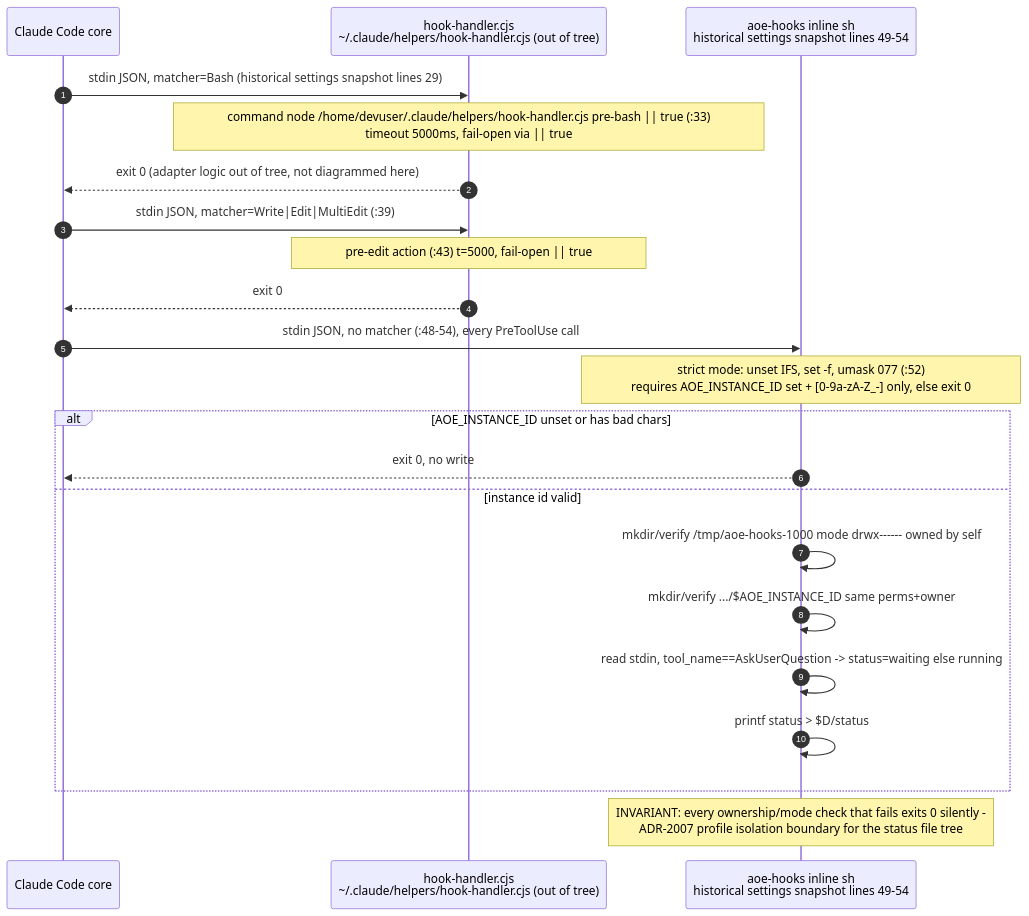
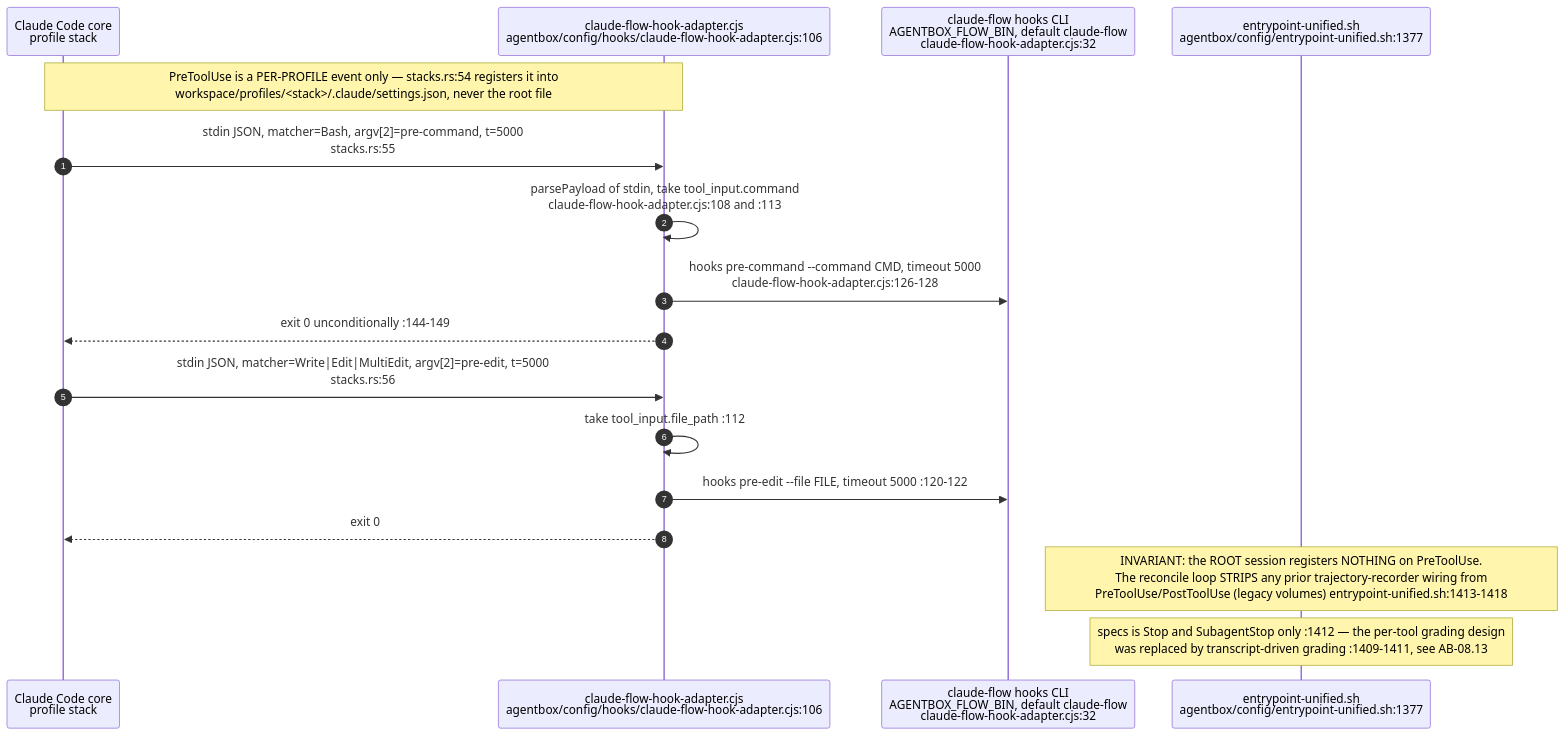
The third of 14 diagrams in docs/diagrams/agentbox/08-hooks-pipeline.md (DreamLab-AI/VisionFlow), drawn with Mermaid before and after one commit. The commit also changed other lines of this file and 7 other files, not shown here.

Commit message:
docs(diagrams): bind closeout security and retrieval flows to source

````diff
--- a/docs/diagrams/agentbox/08-hooks-pipeline.md
+++ b/docs/diagrams/agentbox/08-hooks-pipeline.md
@@ -144,27 +131,20 @@
 ```mermaid
 sequenceDiagram
     autonumber
-    participant CC as Claude Code core
-    participant HH as hook-handler.cjs<br/>~/.claude/helpers/hook-handler.cjs (out of tree)
-    participant AOE as aoe-hooks inline sh<br/>historical settings snapshot lines 49-54
+    participant CC as Claude Code core<br/>profile stack
+    participant AD as claude-flow-hook-adapter.cjs<br/>agentbox/config/hooks/claude-flow-hook-adapter.cjs:106
+    participant CLI as claude-flow hooks CLI<br/>AGENTBOX_FLOW_BIN, default claude-flow<br/>claude-flow-hook-adapter.cjs:32
+    participant EP as entrypoint-unified.sh<br/>agentbox/config/entrypoint-unified.sh:1377
 
-    CC->>HH: stdin JSON, matcher=Bash (historical settings snapshot lines 29)
-    Note over HH: command node /home/devuser/.claude/helpers/hook-handler.cjs pre-bash #124;#124; true (:33)<br/>timeout 5000ms, fail-open via #124;#124; true
-    HH-->>CC: exit 0 (adapter logic out of tree, not diagrammed here)
-
-    CC->>HH: stdin JSON, matcher=Write#124;Edit#124;MultiEdit (:39)
-    Note over HH: pre-edit action (:43) t=5000, fail-open #124;#124; true
-    HH-->>CC: exit 0
-
-    CC->>AOE: stdin JSON, no matcher (:48-54), every PreToolUse call
-    Note over AOE: strict mode: unset IFS, set -f, umask 077 (:52)<br/>requires AOE_INSTANCE_ID set + #91;0-9a-zA-Z_-#93; only, else exit 0
-    alt AOE_INSTANCE_ID unset or has bad chars
-        AOE-->>CC: exit 0, no write
-    else instance id valid
-        AOE->>AOE: mkdir/verify /tmp/aoe-hooks-1000 mode drwx------ owned by self
-        AOE->>AOE: mkdir/verify .../$AOE_INSTANCE_ID same perms+owner
-        AOE->>AOE: read stdin, tool_name==AskUserQuestion -> status=waiting else running
-        AOE->>AOE: printf status > $D/status
-    end
-    Note over AOE: INVARIANT: every ownership/mode check that fails exits 0 silently -<br/>ADR-2007 profile isolation boundary for the status file tree
+    Note over CC,AD: PreToolUse is a PER-PROFILE event only — stacks.rs:54 registers it into<br/>workspace/profiles/#60;stack#62;/.claude/settings.json, never the root file
+    CC->>AD: stdin JSON, matcher=Bash, argv#91;2#93;=pre-command, t=5000<br/>stacks.rs:55
+    AD->>AD: parsePayload of stdin, take tool_input.command<br/>claude-flow-hook-adapter.cjs:108 and :113
+    AD->>CLI: hooks pre-command --command CMD, timeout 5000<br/>claude-flow-hook-adapter.cjs:126-128
+    AD-->>CC: exit 0 unconditionally :144-149
+    CC->>AD: stdin JSON, matcher=Write#124;Edit#124;MultiEdit, argv#91;2#93;=pre-edit, t=5000<br/>stacks.rs:56
+    AD->>AD: take tool_input.file_path :112
+    AD->>CLI: hooks pre-edit --file FILE, timeout 5000 :120-122
+    AD-->>CC: exit 0
+    Note over EP: INVARIANT: the ROOT session registers NOTHING on PreToolUse.<br/>The reconcile loop STRIPS any prior trajectory-recorder wiring from<br/>PreToolUse/PostToolUse #40;legacy volumes#41; entrypoint-unified.sh:1413-1418
+    Note over EP: specs is Stop and SubagentStop only :1412 — the per-tool grading design<br/>was replaced by transcript-driven grading :1409-1411, see AB-08.13
 ```
````
